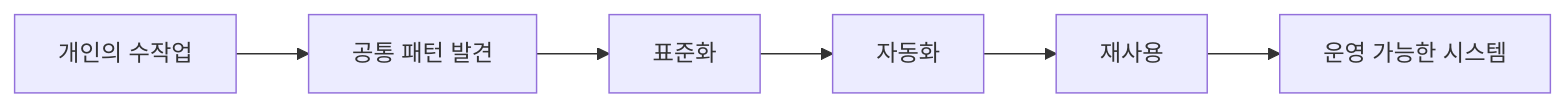
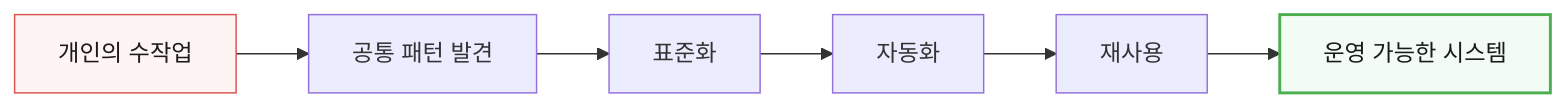
One commit to i31pc17/bitbook changed the eighth of 8 diagrams in 모던 데이터 아키텍처/20장. 머신러닝과 MLOps.md. Above: the diagram before and after it, drawn with Mermaid. The commit also changed other lines of this file and 1 other file, not shown here.

````diff
--- a/모던 데이터 아키텍처/20장. 머신러닝과 MLOps.md
+++ b/모던 데이터 아키텍처/20장. 머신러닝과 MLOps.md
@@ -801,4 +768,7 @@
 ```mermaid
 flowchart LR
     n0["개인의 수작업"] --> n1["공통 패턴 발견"] --> n2["표준화"] --> n3["자동화"] --> n4["재사용"] --> n5["운영 가능한 시스템"]
+
+    style n0 fill:#fff4f4,stroke:#d9534f,color:#1a1a1a
+    style n5 fill:#f2fbf4,stroke:#4caf50,stroke-width:2px,color:#1a1a1a
 ```
````
